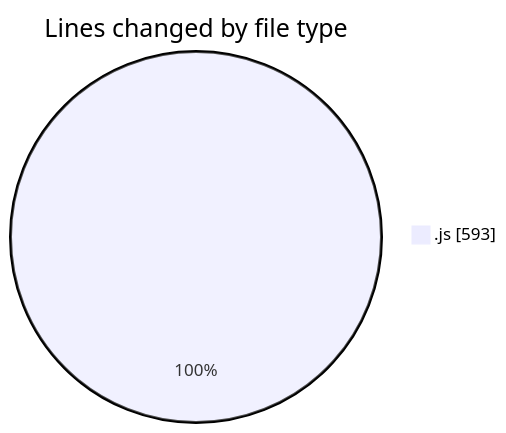
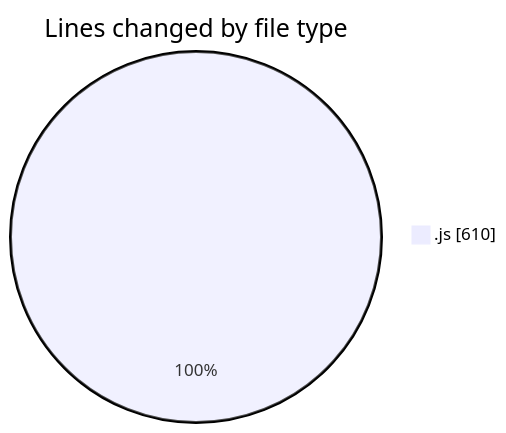
One commit to Ritupan-Deka/code-tracking changed the first of 2 diagrams in 2025-07-26/javascript/README.md. Above: the diagram before and after it, drawn with Mermaid. The commit also changed other lines of this file and 1 other file, not shown here.

````diff
--- a/2025-07-26/javascript/README.md
+++ b/2025-07-26/javascript/README.md
@@ -20,5 +21,5 @@
 ```mermaid
 pie showData
 title Lines changed by file type
-".js" : 593
+".js" : 610
 ```
````
